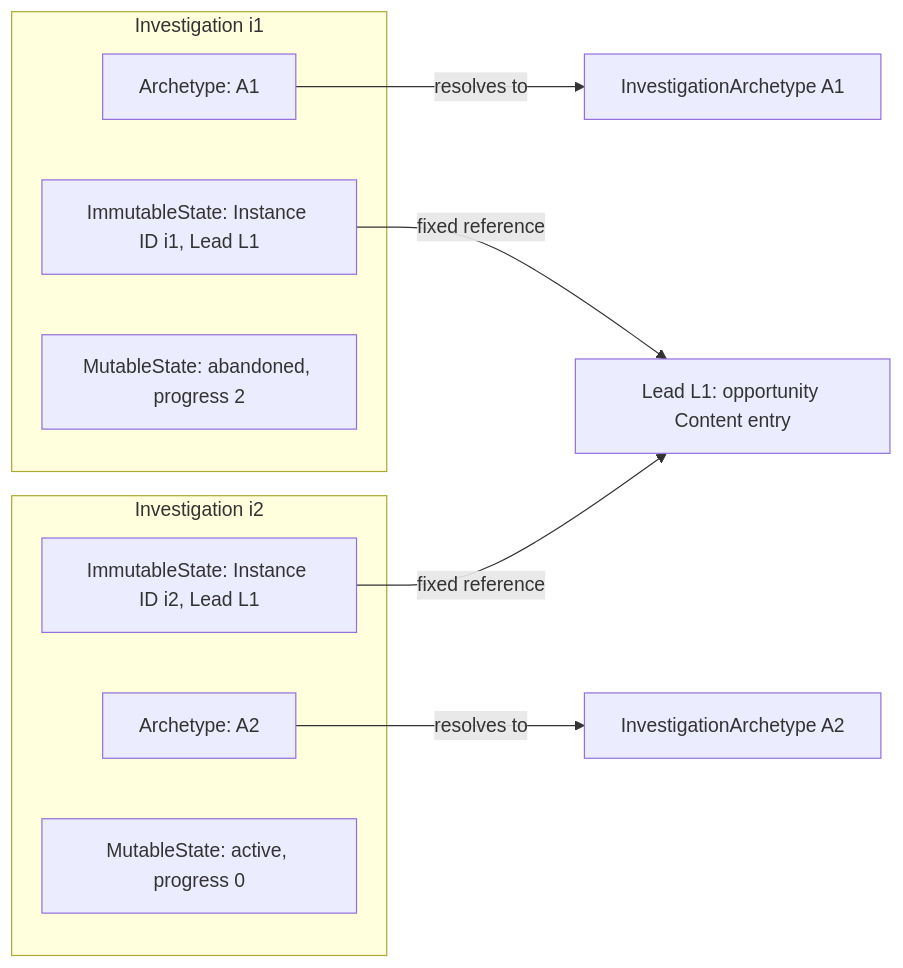
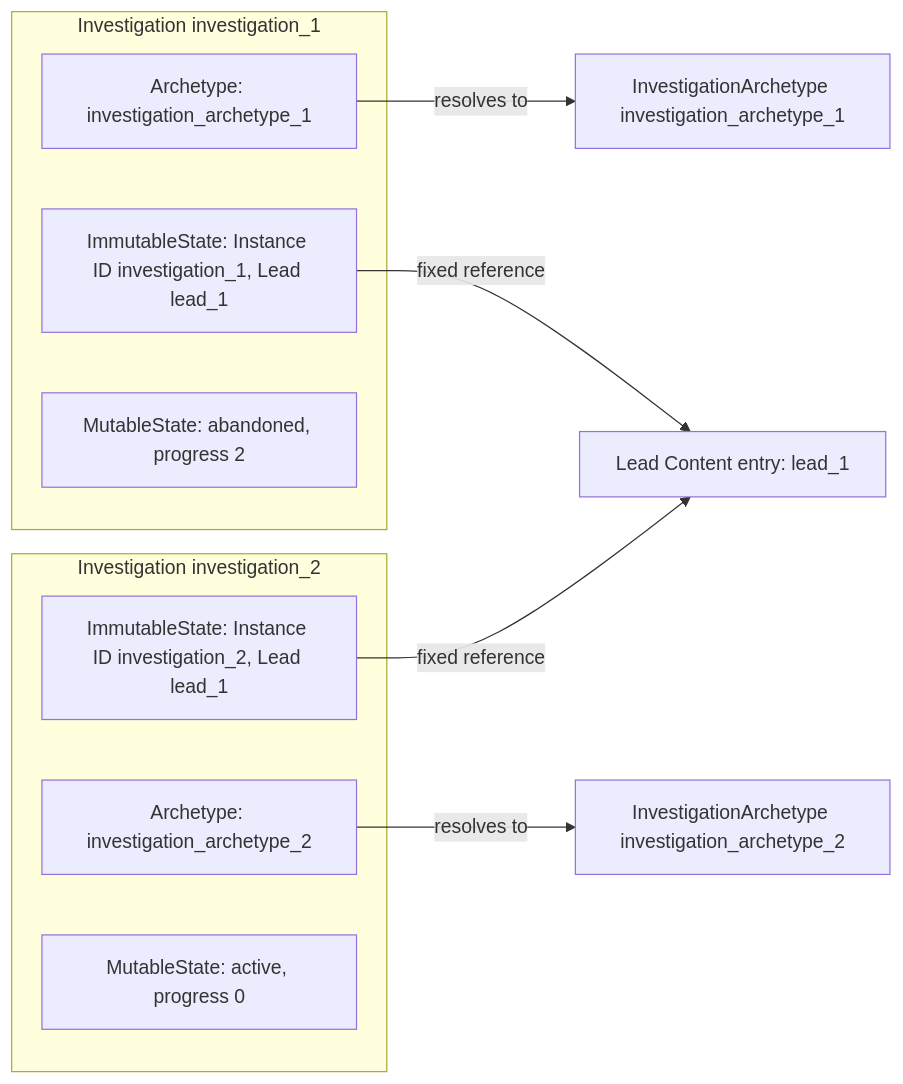
Before and after one commit to konrad-jamrozik/game-v5: the third of 3 diagrams in docs/specs/foundation/modeling-foundations.md, drawn with Mermaid. The commit also changed other lines of this file and 8 other files, not shown here.

Commit message:
Clarify Lead and Investigation terminology across design specifications

````diff
--- a/docs/specs/foundation/modeling-foundations.md
+++ b/docs/specs/foundation/modeling-foundations.md
@@ -257,20 +257,20 @@
 ```mermaid
 flowchart LR
-    L["Lead L1: opportunity Content entry"]
-    A1["InvestigationArchetype A1"]
-    A2["InvestigationArchetype A2"]
-    subgraph I1["Investigation i1"]
-        C1["Archetype: A1"]
-        F1["ImmutableState: Instance ID i1, Lead L1"]
-        M1["MutableState: abandoned, progress 2"]
+    lead_1["Lead Content entry: lead_1"]
+    investigation_archetype_1["InvestigationArchetype investigation_archetype_1"]
+    investigation_archetype_2["InvestigationArchetype investigation_archetype_2"]
+    subgraph investigation_1["Investigation investigation_1"]
+        investigation_1_archetype["Archetype: investigation_archetype_1"]
+        investigation_1_immutable_state["ImmutableState: Instance ID investigation_1, Lead lead_1"]
+        investigation_1_mutable_state["MutableState: abandoned, progress 2"]
     end
-    subgraph I2["Investigation i2"]
-        C2["Archetype: A2"]
-        F2["ImmutableState: Instance ID i2, Lead L1"]
-        M2["MutableState: active, progress 0"]
+    subgraph investigation_2["Investigation investigation_2"]
+        investigation_2_archetype["Archetype: investigation_archetype_2"]
+        investigation_2_immutable_state["ImmutableState: Instance ID investigation_2, Lead lead_1"]
+        investigation_2_mutable_state["MutableState: active, progress 0"]
     end
-    C1 -->|resolves to| A1
-    C2 -->|resolves to| A2
-    F1 -->|fixed reference| L
-    F2 -->|fixed reference| L
+    investigation_1_archetype -->|resolves to| investigation_archetype_1
+    investigation_2_archetype -->|resolves to| investigation_archetype_2
+    investigation_1_immutable_state -->|fixed reference| lead_1
+    investigation_2_immutable_state -->|fixed reference| lead_1
 ```
````
